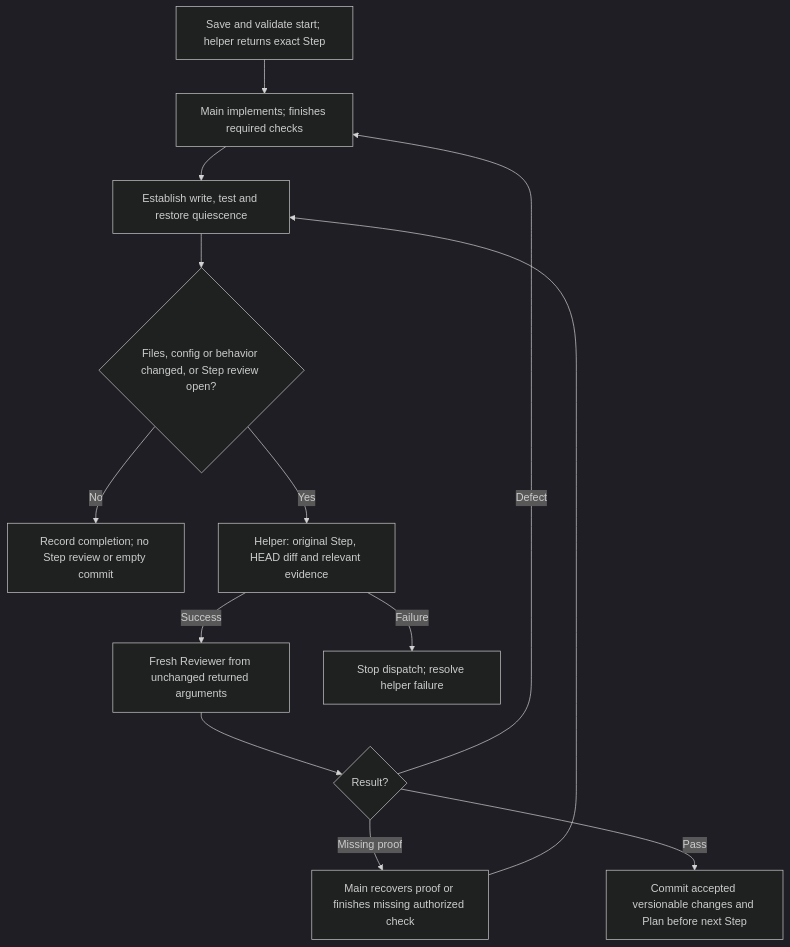
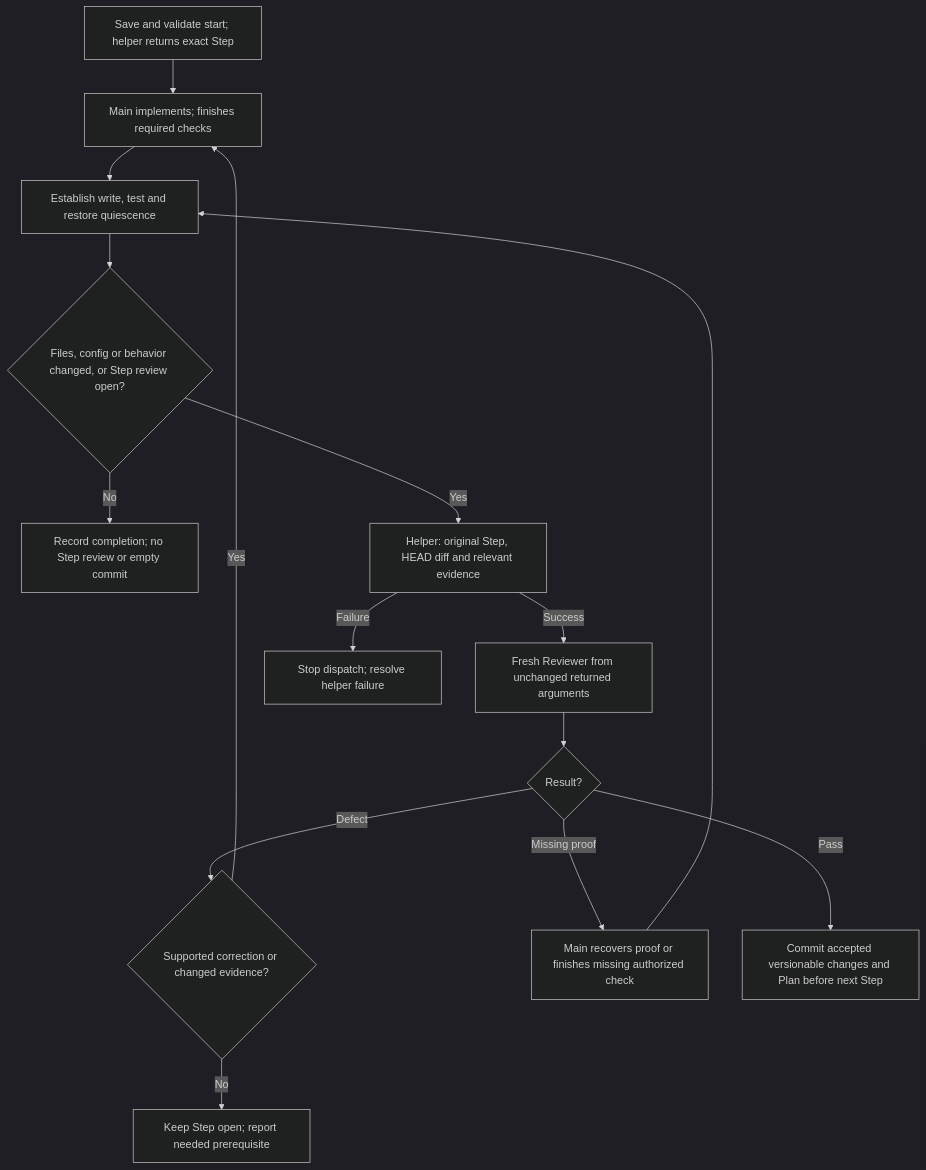
One commit to benjaminstelzer/scoville-suite-for-codex-mainloop changed the second of 4 diagrams in README.md. Above: the diagram before and after it, drawn with Mermaid (dark theme). The commit also changed other lines of this file and 128 other files, not shown here.

````diff
--- a/README.md
+++ b/README.md
@@ -87,15 +89,17 @@
 ```mermaid
 flowchart TD
   S["Save and validate start; helper returns exact Step"] --> I["Main implements; finishes required checks"]
   I --> Q["Establish write, test and restore quiescence"]
   Q --> N{"Files, config or behavior changed, or Step review open?"}
   N -->|No| U["Record completion; no Step review or empty commit"]
   N -->|Yes| R["Helper: original Step, HEAD diff and relevant evidence"]
   R -->|Success| RS["Fresh Reviewer from unchanged returned arguments"]
   R -->|Failure| B["Stop dispatch; resolve helper failure"]
   RS --> V{"Result?"}
-  V -->|Defect| I
+  V -->|Defect| nextCorrection{"Supported correction or changed evidence?"}
+  nextCorrection -->|Yes| I
+  nextCorrection -->|No| O["Keep Step open; report needed prerequisite"]
   V -->|Missing proof| P["Main recovers proof or finishes missing authorized check"]
   P --> Q
   V -->|Pass| C["Commit accepted versionable changes and Plan before next Step"]
 ```
````
